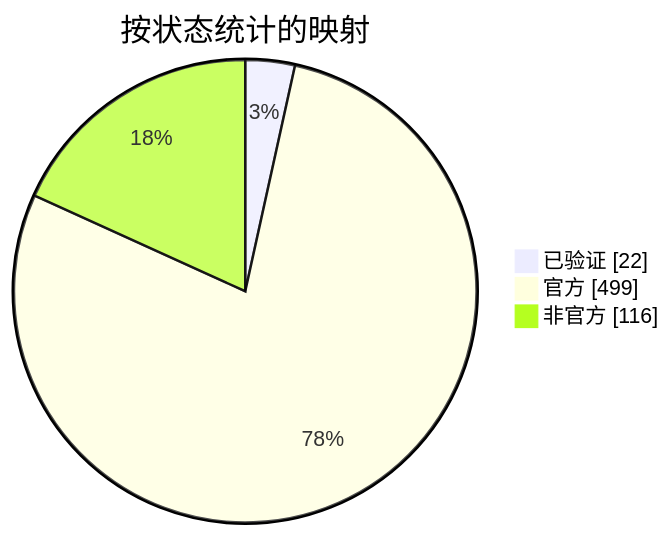
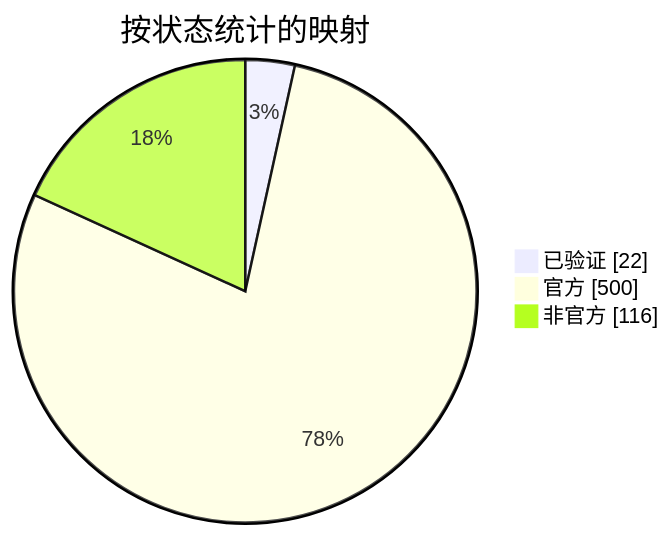
Before and after one commit to nobrega8/mbmap-library: the diagram in docs/readme/README_ZHS.md, drawn with Mermaid. The commit also changed 6 other files, not shown here.

````diff
--- a/docs/readme/README_ZHS.md
+++ b/docs/readme/README_ZHS.md
@@ -54,7 +54,7 @@
 ```mermaid
 pie showData
     title 按状态统计的映射
     "已验证" : 22
-    "官方" : 499
+    "官方" : 500
     "非官方" : 116
 ```
````
